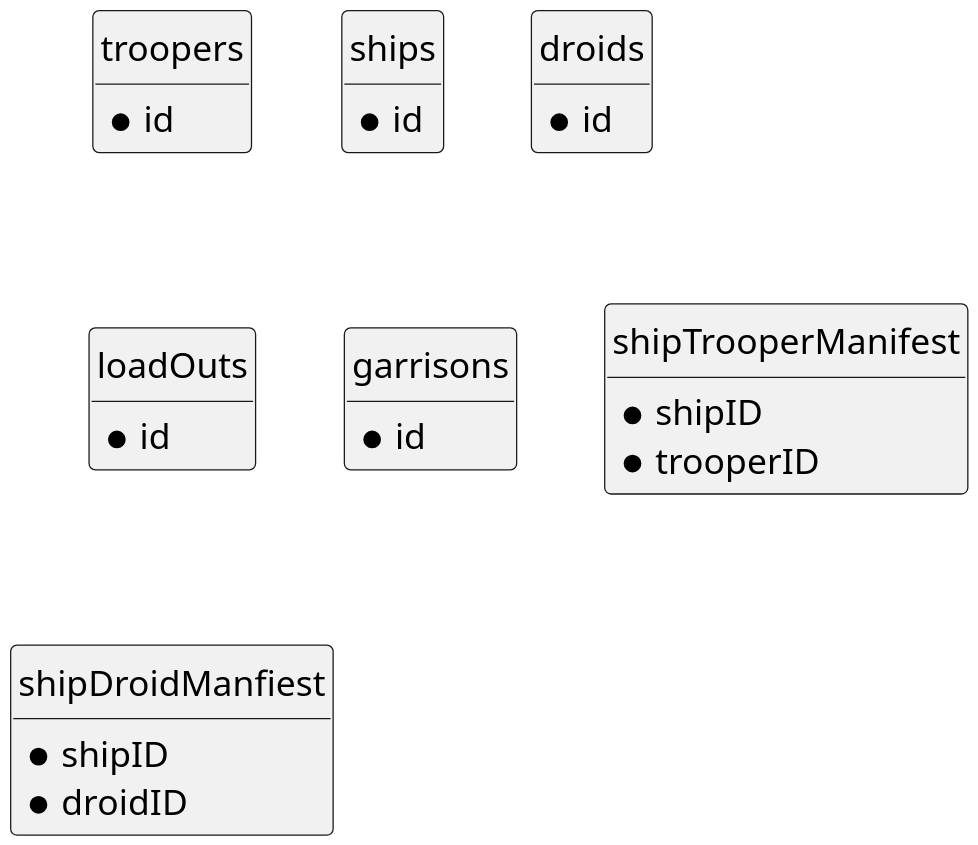
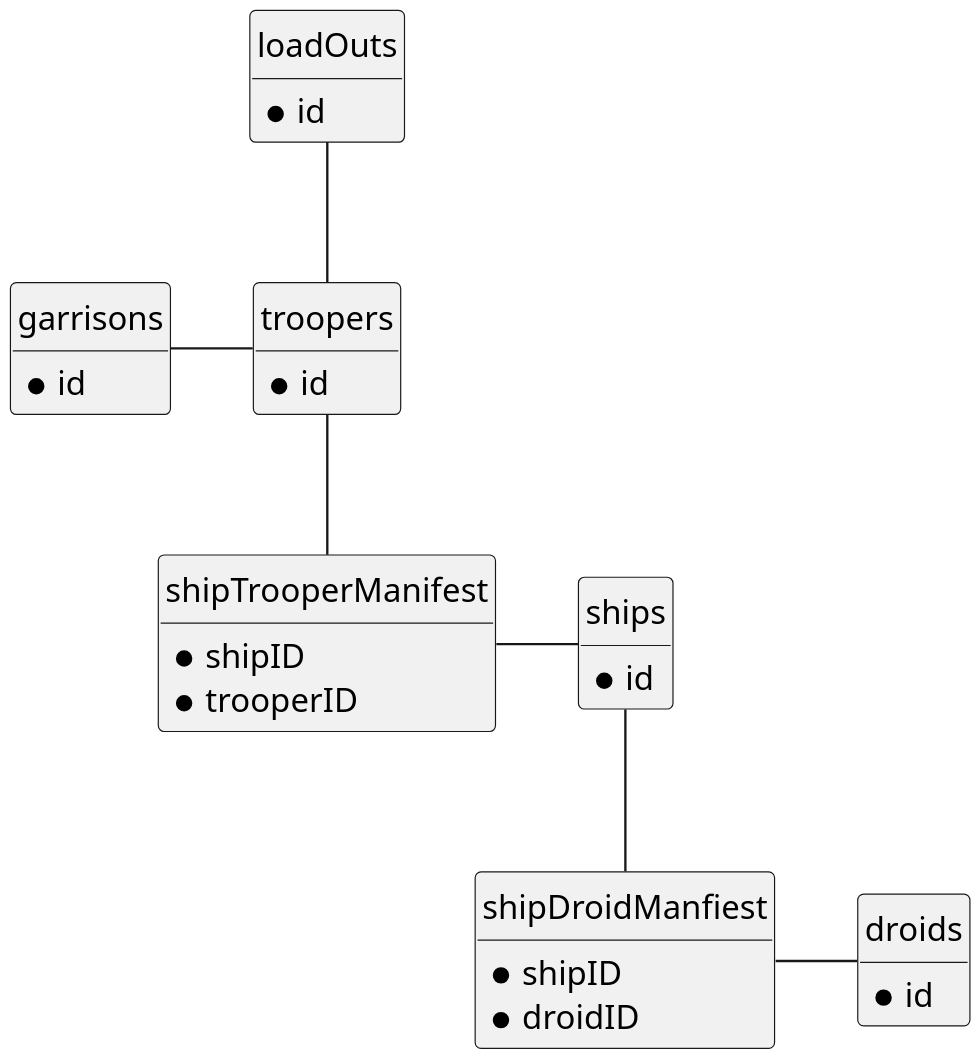
Before and after one commit to jeremytsang1/osu-cs-340-project: the diagram in steps/2/step-2-draft-erd.plantuml, drawn with PlantUML.

Commit message:
Add relationships between entities and composites

```diff
--- a/steps/2/step-2-draft-erd.plantuml
+++ b/steps/2/step-2-draft-erd.plantuml
@@ -1,49 +1,62 @@
 @startuml
 
 /'
  ' set size and orientation
  '/
 scale 1000 width          /' Set dimensions '/
 skinparam linetype ortho  /' Avoid diagonal, as it doesn't look great in ERD '/
 
 hide circle         /' Hide "E" symbol '/
 hide empty fields   /' remove empty bar '/
 hide empty methods  /' remove empty bar '/
 
 '------------------------------------------------------------------------------
 ' Entities
 
 entity troopers {
     * id
 }
 
 entity ships {
     * id
 }
 
 entity droids {
     * id
 }
 
 entity loadOuts {
     * id
 }
 
 entity garrisons {
     * id
 }
 
 '------------------------------------------------------------------------------
 ' Composite Entities
 
 entity shipTrooperManifest {
     * shipID
     * trooperID
 }
 
 entity shipDroidManfiest {
     * shipID
     * droidID
 }
 
+'------------------------------------------------------------------------------
+' Relationships
+
+garrisons - troopers:\t
+loadOuts -- troopers  /' TODO: check if this is in fact 1-to-1 or 1-to-many '/
+
+'troopers ships M:M relationship relies on composite entity shipTrooperManifest
+troopers -- shipTrooperManifest
+shipTrooperManifest - ships:\t
+
+'droids ships M:M relationship relies on composite entity shipDroidManifest
+ships -- shipDroidManfiest
+shipDroidManfiest - droids:\t
 @enduml
```
